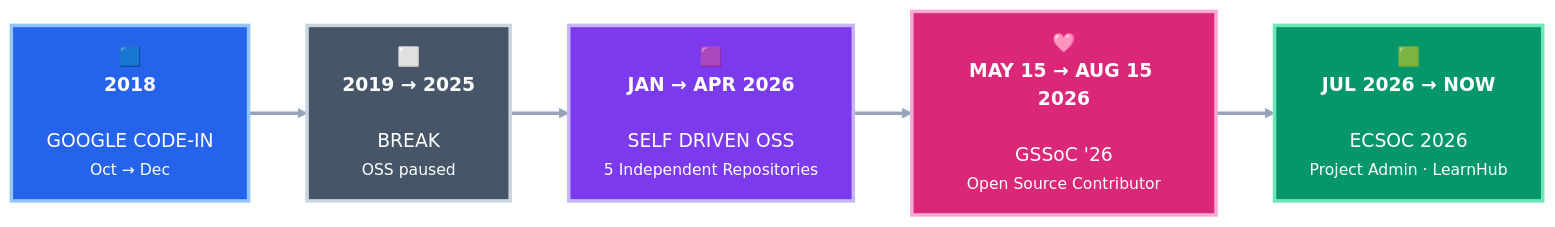
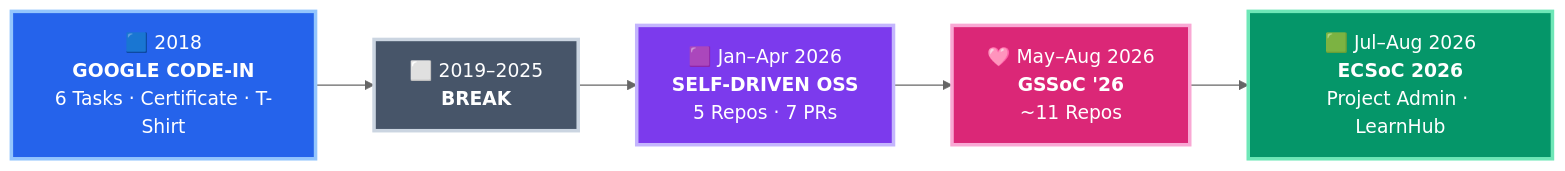
One commit to udaycodespace/open-source changed the first of 2 diagrams in README.md. Above: the diagram before and after it, drawn with Mermaid (neutral theme). The commit also changed other lines of this file, not shown here.

`````diff
--- a/README.md
+++ b/README.md
@@ -20,27 +24,22 @@
 ```mermaid
 flowchart LR
-    A["🟦<br/><b>2018</b><br/><br/>GOOGLE CODE-IN<br/><small>Oct → Dec</small>"]
-    B["⬜<br/><b>2019 → 2025</b><br/><br/>BREAK<br/><small>OSS paused</small>"]
-    C["🟪<br/><b>JAN → APR 2026</b><br/><br/>SELF DRIVEN OSS<br/><small>5 Independent Repositories</small>"]
-    D["🩷<br/><b>MAY 15 → AUG 15 2026</b><br/><br/>GSSoC '26<br/><small>Open Source Contributor</small>"]
-    E["🟩<br/><b>JUL 2026 → NOW</b><br/><br/>ECSOC 2026<br/><small>Project Admin · LearnHub</small>"]
+    A["🟦 2018<br/><b>GOOGLE CODE-IN</b><br/>6 Tasks · Certificate · T-Shirt"]
+    B["⬜ 2019–2025<br/><b>BREAK</b>"]
+    C["🟪 Jan–Apr 2026<br/><b>SELF-DRIVEN OSS</b><br/>5 Repos · 7 PRs"]
+    D["🩷 May–Aug 2026<br/><b>GSSoC '26</b><br/>~11 Repos"]
+    E["🟩 Jul–Aug 2026<br/><b>ECSoC 2026</b><br/>Project Admin · LearnHub"]
 
-    A --> B
-    B --> C
-    C --> D
-    D --> E
+    A --> B --> C --> D --> E
 
     classDef blue fill:#2563EB,stroke:#93C5FD,color:#FFFFFF,stroke-width:3px
     classDef grey fill:#475569,stroke:#CBD5E1,color:#FFFFFF,stroke-width:3px
     classDef purple fill:#7C3AED,stroke:#C4B5FD,color:#FFFFFF,stroke-width:3px
     classDef pink fill:#DB2777,stroke:#F9A8D4,color:#FFFFFF,stroke-width:3px
     classDef green fill:#059669,stroke:#6EE7B7,color:#FFFFFF,stroke-width:3px
 
     class A blue
     class B grey
     class C purple
     class D pink
     class E green
-
-    linkStyle 0,1,2,3 stroke:#94A3B8,stroke-width:3px
-````
+```
`````
